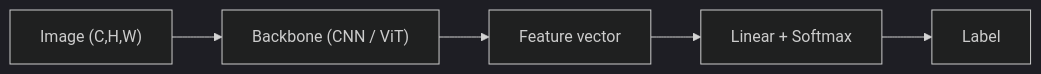
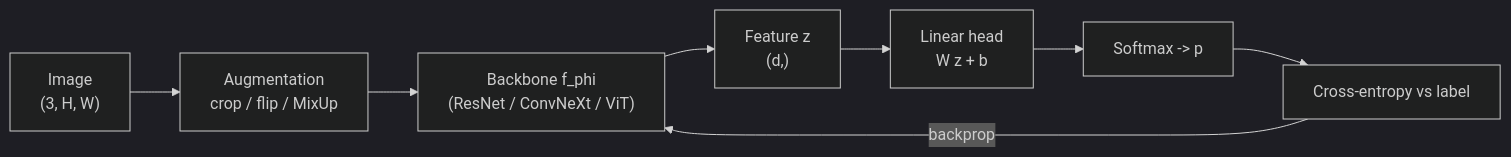
Before and after one commit to ABHIRAM3007/itp: the first of 3 diagrams in roadmap/phase-4-cv/01-image-classification.md, drawn with Mermaid (dark theme). The commit also changed other lines of this file and 16 other files, not shown here.

````diff
--- a/roadmap/phase-4-cv/01-image-classification.md
+++ b/roadmap/phase-4-cv/01-image-classification.md
@@ -40,4 +131,10 @@
 ```mermaid
 flowchart LR
-    I["Image (C,H,W)"] --> B["Backbone (CNN / ViT)"] --> F["Feature vector"] --> H["Linear + Softmax"] --> P["Label"]
+    I["Image<br/>(3, H, W)"] --> AUG["Augmentation<br/>crop / flip / MixUp"]
+    AUG --> B["Backbone f_phi<br/>(ResNet / ConvNeXt / ViT)"]
+    B --> F["Feature z<br/>(d,)"]
+    F --> H["Linear head<br/>W z + b"]
+    H --> S["Softmax -> p"]
+    S --> L["Cross-entropy vs label"]
+    L -->|backprop| B
 ```
````
